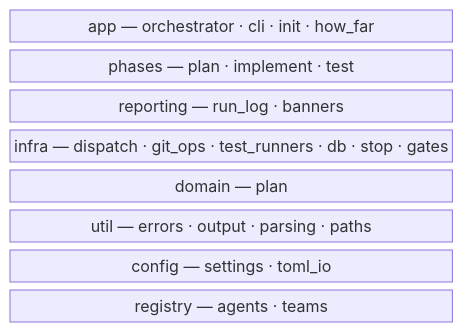
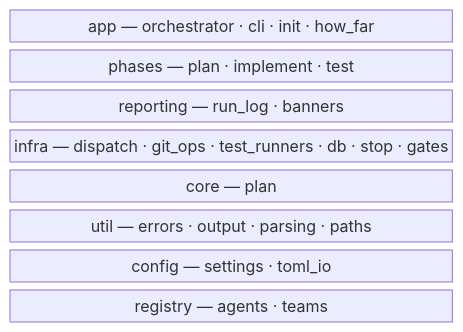
Before and after one commit to haakonbull/autosprint: the diagram in docs/architecture.qmd, drawn with Mermaid. The commit also changed other lines of this file and 4 other files, not shown here.

````diff
--- a/docs/architecture.qmd
+++ b/docs/architecture.qmd
@@ -17,14 +17,14 @@
 ```{mermaid}
 %%| label: fig-layers
 %%| fig-cap: "The eight package layers, highest at the top. Imports flow strictly downward."
 block-beta
   columns 1
   app["app — orchestrator · cli · init · how_far"]
   phases["phases — plan · implement · test"]
   reporting["reporting — run_log · banners"]
   infra["infra — dispatch · git_ops · test_runners · db · stop · gates"]
-  domain["domain — plan"]
+  core["core — plan"]
   util["util — errors · output · parsing · paths"]
   config["config — settings · toml_io"]
   registry["registry — agents · teams"]
 ```
````
